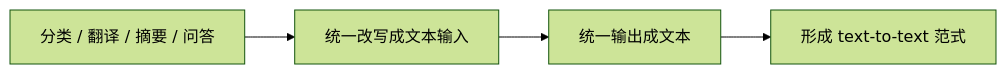
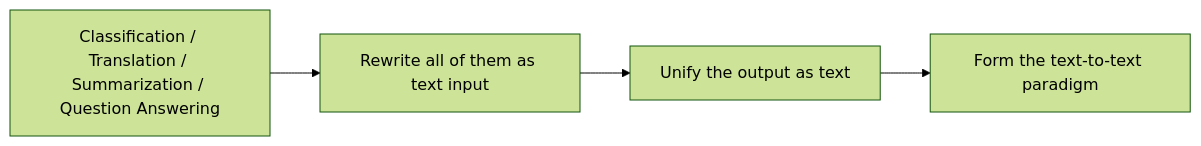
The diagram in docs/ch11-nlp/ch06-pretrained/04-t5.md (oudbiao/AI-fullstack-course), drawn with Mermaid (forest theme) before and after one commit. The commit also changed other lines of this file and 1406 other files, not shown here.

````diff
--- a/docs/ch11-nlp/ch06-pretrained/04-t5.md
+++ b/docs/ch11-nlp/ch06-pretrained/04-t5.md
@@ -38,6 +38,6 @@
 ```mermaid
 flowchart LR
-    A["分类 / 翻译 / 摘要 / 问答"] --> B["统一改写成文本输入"]
-    B --> C["统一输出成文本"]
-    C --> D["形成 text-to-text 范式"]
+    A["Classification / Translation / Summarization / Question Answering"] --> B["Rewrite all of them as text input"]
+    B --> C["Unify the output as text"]
+    C --> D["Form the text-to-text paradigm"]
 ```
````
